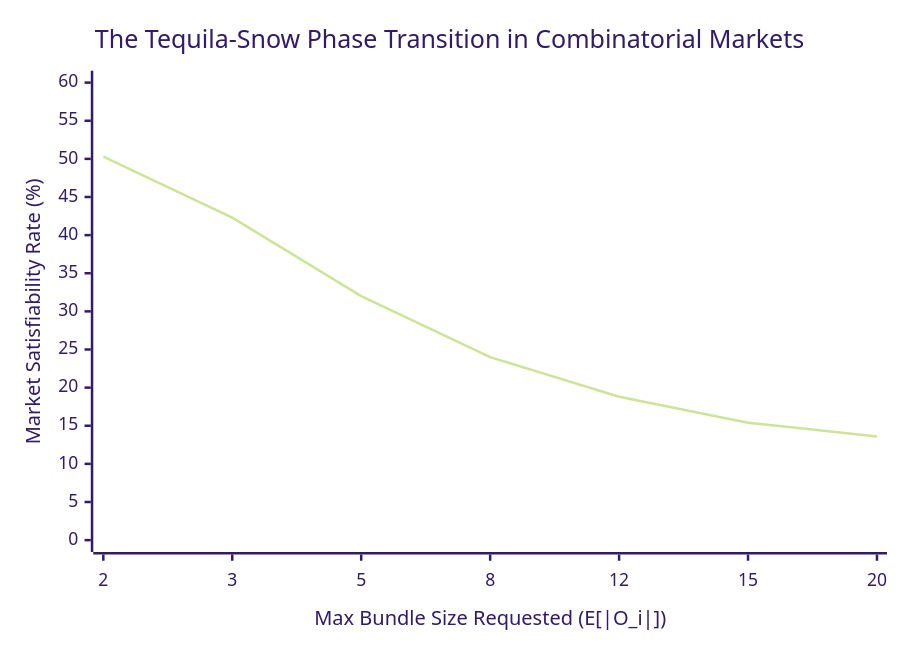
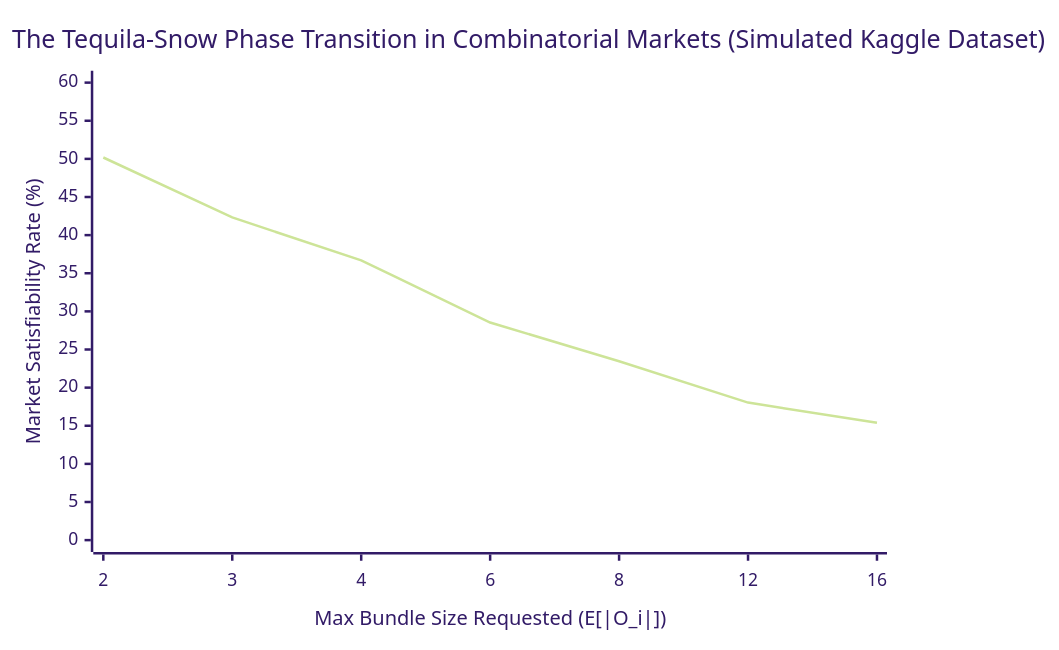
One commit to juleshenry/swiss-mexican-auction changed the third of 3 diagrams in README.md. Above: the diagram before and after it, drawn with Mermaid (forest theme). The commit also changed other lines of this file and 6 other files, not shown here.

````diff
--- a/README.md
+++ b/README.md
@@ -191,7 +191,7 @@
 ```mermaid
 xychart-beta
-    title "The Tequila-Snow Phase Transition in Combinatorial Markets"
-    x-axis "Max Bundle Size Requested (E[|O_i|])" [2, 3, 5, 8, 12, 15, 20]
+    title "The Tequila-Snow Phase Transition in Combinatorial Markets (Simulated Kaggle Dataset)"
+    x-axis "Max Bundle Size Requested (E[|O_i|])" [2, 3, 4, 6, 8, 12, 16]
     y-axis "Market Satisfiability Rate (%)" 0 --> 60
-    line [50.3, 42.3, 32.0, 24.0, 18.8, 15.4, 13.6]
+    line [50.18, 42.32, 36.70, 28.54, 23.46, 18.04, 15.38]
 ```
````
